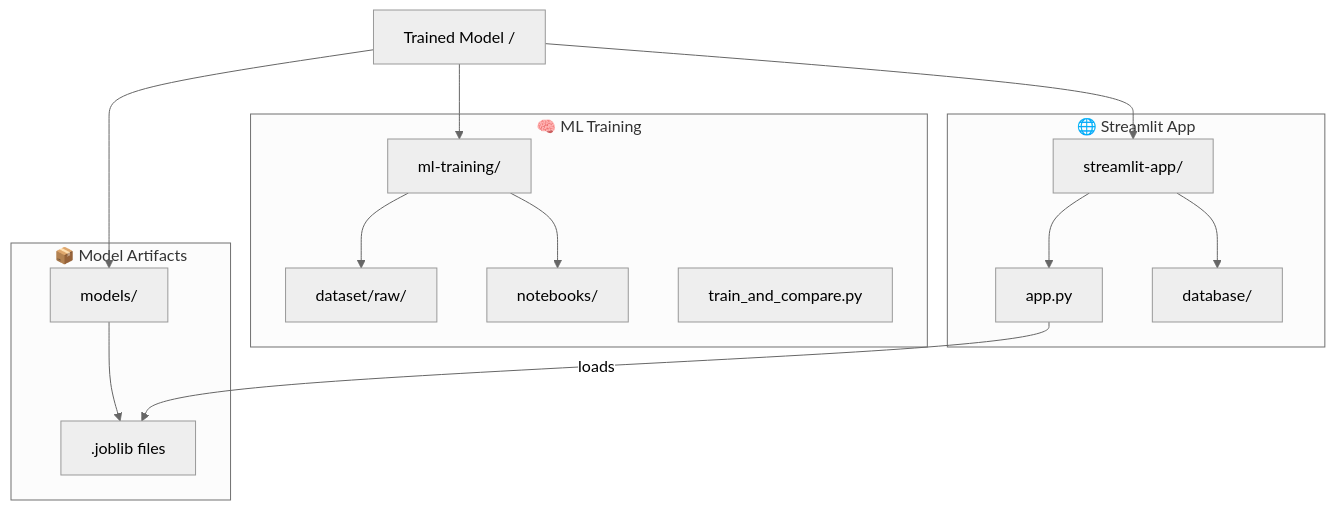
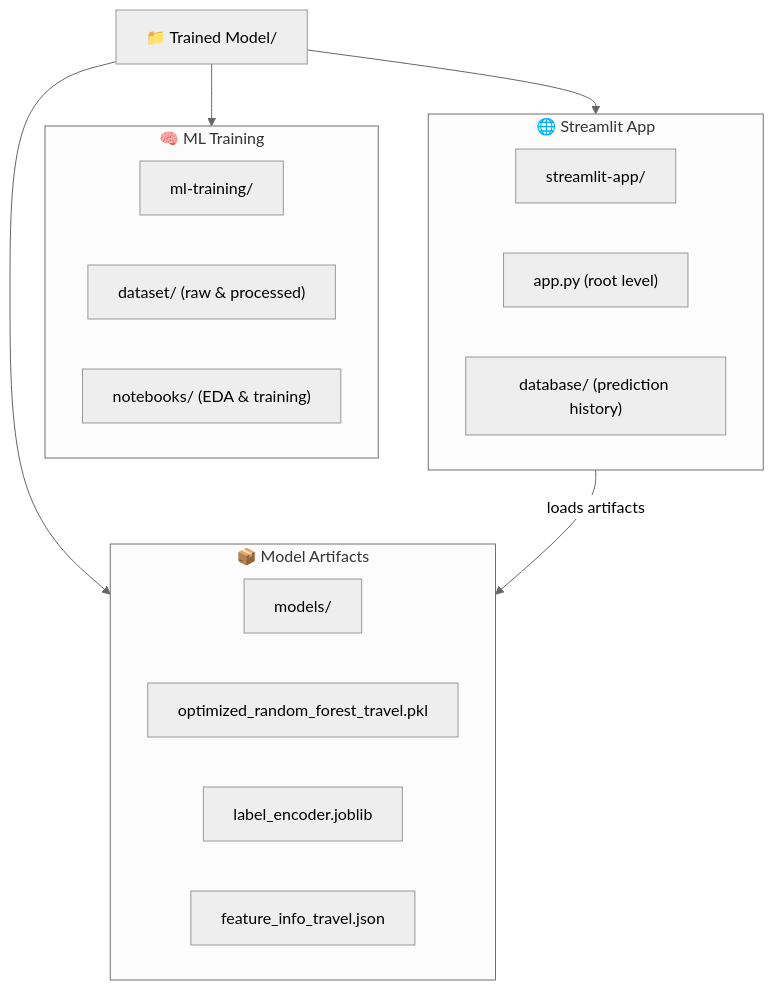
Before and after one commit to Chwrld/IT20_STREAMLIT: the diagram in README.md, drawn with Mermaid (neutral theme). The commit also changed other lines of this file, not shown here.

Commit message:
Update README.md to enhance project documentation and clarify architecture, features, and usage examples

````diff
--- a/README.md
+++ b/README.md
@@ -9,34 +9,29 @@
 ```mermaid
 graph TD
-    Root[Trained Model /]
+    Root["📁 Trained Model/"]
     
     subgraph Training ["🧠 ML Training"]
-        ML[ml-training/]
-        DS[dataset/raw/]
-        NB[notebooks/]
-        PY[train_and_compare.py]
+        ML["ml-training/"]
+        DS["dataset/ (raw & processed)"]
+        NB["notebooks/ (EDA & training)"]
     end
     
     subgraph Models ["📦 Model Artifacts"]
-        MOD[models/]
-        JB[.joblib files]
+        MOD["models/"]
+        RF["optimized_random_forest_travel.pkl"]
+        LE["label_encoder.joblib"]
+        FI["feature_info_travel.json"]
     end
     
     subgraph Frontend ["🌐 Streamlit App"]
-        APP[streamlit-app/]
-        APY[app.py]
-        DB[database/]
+        APP["streamlit-app/"]
+        APY["app.py (root level)"]
+        DB["database/ (prediction history)"]
     end
 
-    Root --> ML
-    Root --> MOD
-    Root --> APP
+    Root --> Training
+    Root --> Models
+    Root --> Frontend
     
-    ML --> DS
-    ML --> NB
-    MOD --> JB
-    APP --> APY
-    APP --> DB
-    
-    APY -- loads --> JB
+    Frontend -- "loads artifacts" --> Models
 ```
````
